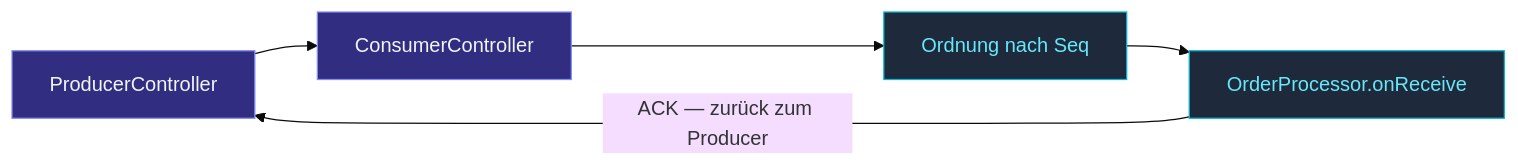
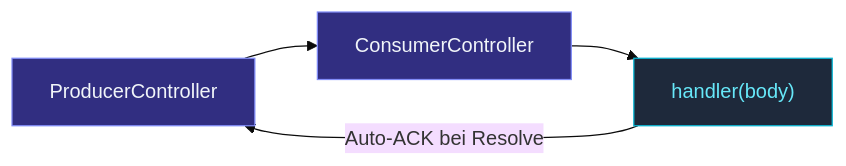
One commit to pathosDev/actor-ts changed the diagram in docs/src/content/docs/de/delivery/consumer-controller.mdx. Above: the diagram before and after it, drawn with Mermaid (base theme). The commit also changed other lines of this file and 35 other files, not shown here.

````diff
--- a/docs/src/content/docs/de/delivery/consumer-controller.mdx
+++ b/docs/src/content/docs/de/delivery/consumer-controller.mdx
@@ -37,13 +31,12 @@
 ```mermaid
 flowchart LR
   PC["ProducerController"]
   CC["ConsumerController"]
-  SEQ["Ordnung nach Seq"]
-  HANDLER["OrderProcessor.onReceive"]
-  PC --> CC --> SEQ --> HANDLER
-  HANDLER -- "ACK — zurück zum Producer" --> PC
+  HANDLER["handler(body)"]
+  PC --> CC --> HANDLER
+  HANDLER -- "Auto-ACK bei Resolve" --> PC
   classDef ctrl fill:#312e81,stroke:#818cf8,color:#f1f5f9;
   classDef step fill:#1e293b,stroke:#06b6d4,color:#67e8f9;
   class PC,CC ctrl
-  class SEQ,HANDLER step
+  class HANDLER step
 ```
````
